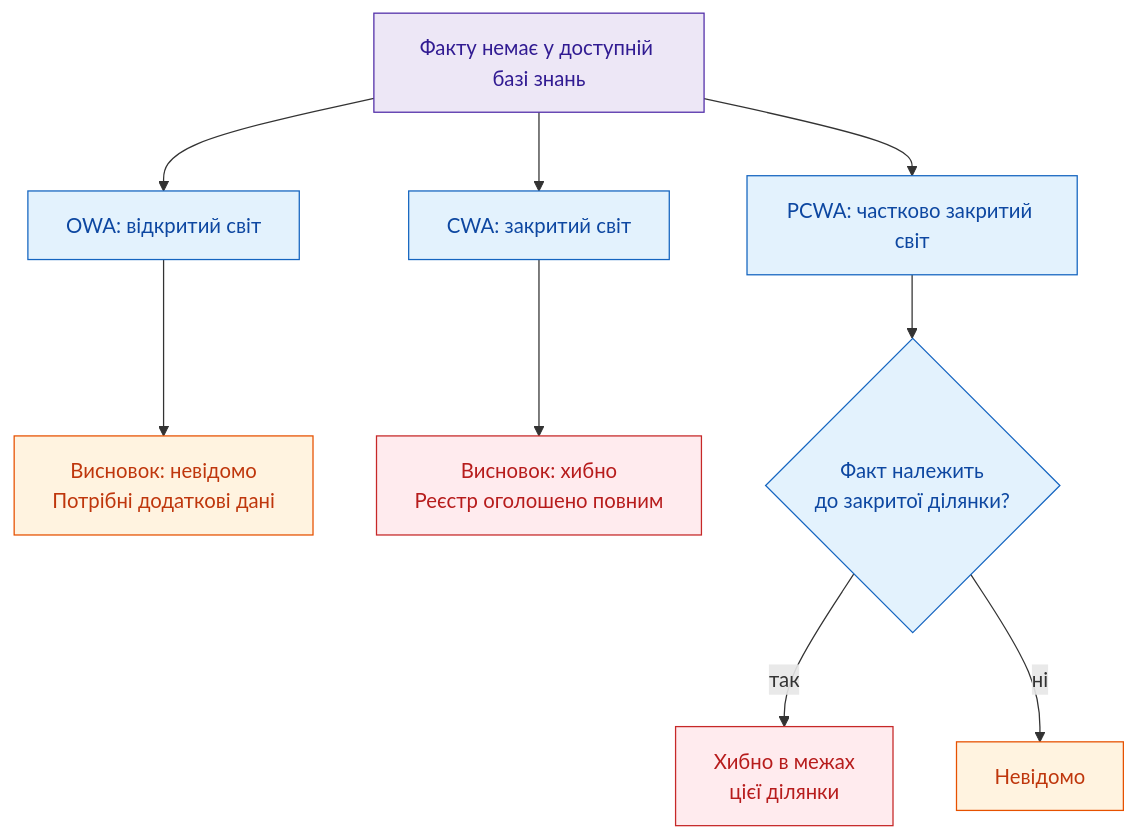
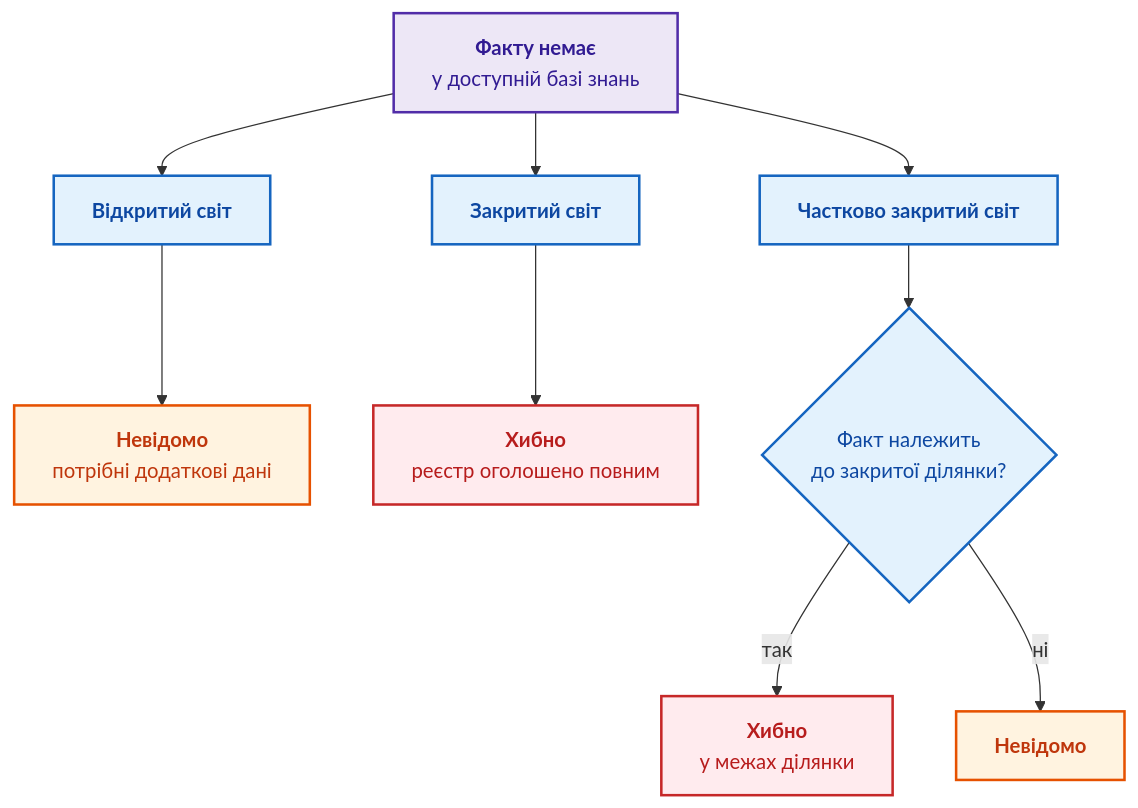
One commit to nick-fedchik/articles changed the fifth of 5 diagrams in ExpertSystem/ch07-knowledge-base-typology.md. Above: the diagram before and after it, drawn with Mermaid. The commit also changed other lines of this file, not shown here.

````diff
--- a/ExpertSystem/ch07-knowledge-base-typology.md
+++ b/ExpertSystem/ch07-knowledge-base-typology.md
@@ -908,26 +687,25 @@
 ```mermaid
 flowchart TB
-    accTitle: Семантика обробки відсутнього факту
-    accDescr: Різниця в логічному виведенні за припущеннями відкритого світу (OWA), закритого світу (CWA) та частково закритого світу (PCWA).
+    accTitle: Семантика відсутнього факту
+    accDescr: Відсутній факт у відкритому світі дає «невідомо», у закритому світі «хибно», а в частково закритому світі залежить від того, чи належить факт до закритої ділянки.
 
-    Missing["Факту немає у доступній базі знань"]
-    Missing --> OWA["OWA: відкритий світ"]
-    Missing --> CWA["CWA: закритий світ"]
-    Missing --> PCWA["PCWA: частково закритий світ"]
+    Missing["<b>Факту немає</b><br/>у доступній базі знань"]
+    Missing --> OWA["<b>Відкритий світ</b>"]
+    Missing --> CWA["<b>Закритий світ</b>"]
+    Missing --> PCWA["<b>Частково закритий світ</b>"]
+    OWA --> Unknown["<b>Невідомо</b><br/>потрібні додаткові дані"]
+    CWA --> False["<b>Хибно</b><br/>реєстр оголошено повним"]
+    PCWA --> Scope{"Факт належить<br/>до закритої ділянки?"}
+    Scope -->|"так"| FalseScoped["<b>Хибно</b><br/>у межах ділянки"]
+    Scope -->|"ні"| UnknownScoped["<b>Невідомо</b>"]
 
-    OWA --> Unknown["Висновок: невідомо<br/>Потрібні додаткові дані"]
-    CWA --> False["Висновок: хибно<br/>Реєстр оголошено повним"]
-    PCWA --> Scope{"Факт належить<br/>до закритої ділянки?"}
-    Scope -->|"так"| FalseScoped["Хибно в межах<br/>цієї ділянки"]
-    Scope -->|"ні"| UnknownScoped["Невідомо"]
-
-    classDef missing fill:#ede7f6,stroke:#512da8,color:#311b92;
-    classDef branch fill:#e3f2fd,stroke:#1565c0,color:#0d47a1;
-    classDef unknown fill:#fff3e0,stroke:#e65100,color:#bf360c;
-    classDef falseVal fill:#ffebee,stroke:#c62828,color:#b71c1c;
+    classDef missing fill:#ede7f6,stroke:#512da8,stroke-width:2px,color:#311b92;
+    classDef branch fill:#e3f2fd,stroke:#1565c0,stroke-width:2px,color:#0d47a1;
+    classDef unknown fill:#fff3e0,stroke:#e65100,stroke-width:2px,color:#bf360c;
+    classDef falseVal fill:#ffebee,stroke:#c62828,stroke-width:2px,color:#b71c1c;
 
     class Missing missing;
     class OWA,CWA,PCWA,Scope branch;
     class Unknown,UnknownScoped unknown;
     class False,FalseScoped falseVal;
 ```
````
